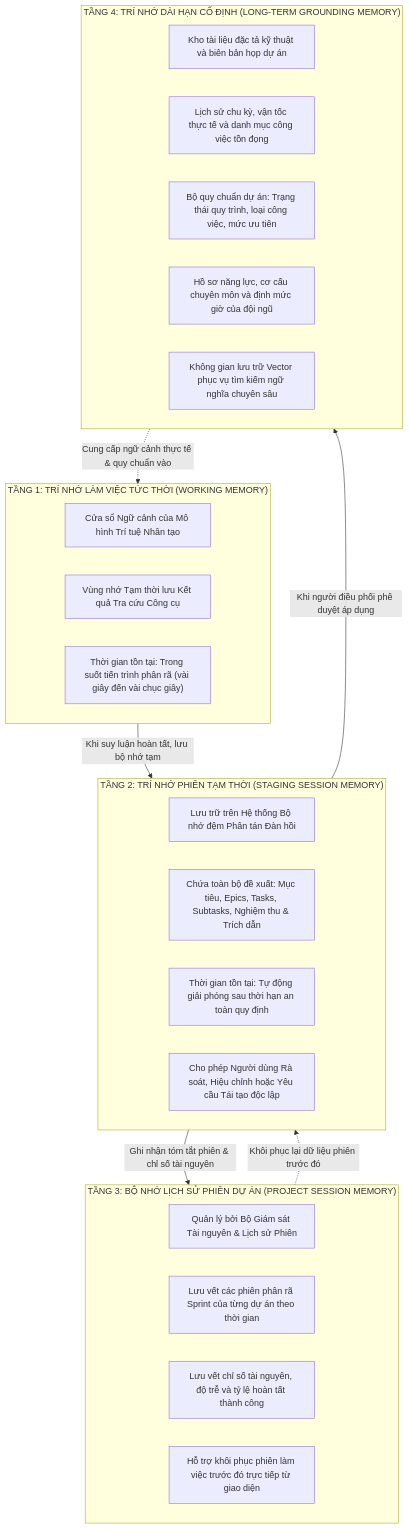
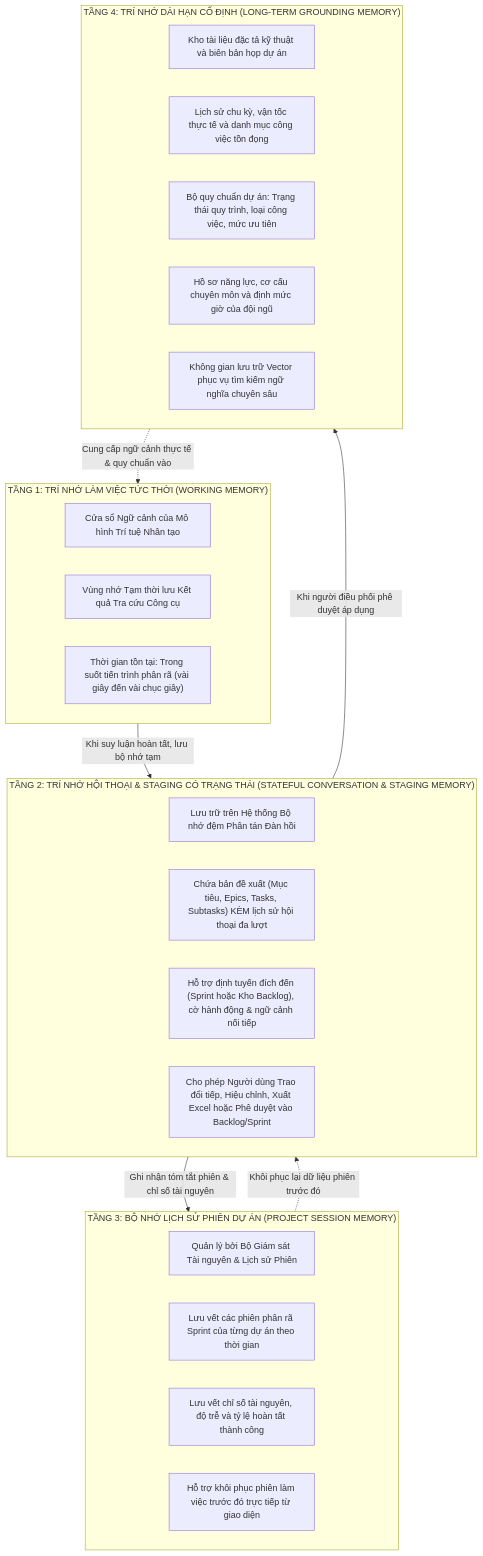
One commit to TranHoang2k40525/ProjectMgmt changed the first of 2 diagrams in docs/ai/03-co-che-tri-nho-redis-memory.md. Above: the diagram before and after it, drawn with Mermaid. The commit also changed other lines of this file and 21 other files, not shown here.

Commit message:
feat(ai-assistant): nâng cấp Trợ Lý AI hội thoại có trạng thái Redis, hỗ trợ đẩy kho backlog, xuất Excel, từ chối ngoài luồng và đồng bộ tài liệu

````diff
--- a/docs/ai/03-co-che-tri-nho-redis-memory.md
+++ b/docs/ai/03-co-che-tri-nho-redis-memory.md
@@ -10,36 +10,36 @@
 ```mermaid
 flowchart TD
     subgraph T1["TẦNG 1: TRÍ NHỚ LÀM VIỆC TỨC THỜI (WORKING MEMORY)"]
         WM1["Cửa sổ Ngữ cảnh của Mô hình Trí tuệ Nhân tạo"]
         WM2["Vùng nhớ Tạm thời lưu Kết quả Tra cứu Công cụ"]
         WM3["Thời gian tồn tại: Trong suốt tiến trình phân rã (vài giây đến vài chục giây)"]
     end
 
-    subgraph T2["TẦNG 2: TRÍ NHỚ PHIÊN TẠM THỜI (STAGING SESSION MEMORY)"]
+    subgraph T2["TẦNG 2: TRÍ NHỚ HỘI THOẠI & STAGING CÓ TRẠNG THÁI (STATEFUL CONVERSATION & STAGING MEMORY)"]
         SM1["Lưu trữ trên Hệ thống Bộ nhớ đệm Phân tán Đàn hồi"]
-        SM2["Chứa toàn bộ đề xuất: Mục tiêu, Epics, Tasks, Subtasks, Nghiệm thu & Trích dẫn"]
-        SM3["Thời gian tồn tại: Tự động giải phóng sau thời hạn an toàn quy định"]
-        SM4["Cho phép Người dùng Rà soát, Hiệu chỉnh hoặc Yêu cầu Tái tạo độc lập"]
+        SM2["Chứa bản đề xuất (Mục tiêu, Epics, Tasks, Subtasks) KÈM lịch sử hội thoại đa lượt"]
+        SM3["Hỗ trợ định tuyến đích đến (Sprint hoặc Kho Backlog), cờ hành động & ngữ cảnh nối tiếp"]
+        SM4["Cho phép Người dùng Trao đổi tiếp, Hiệu chỉnh, Xuất Excel hoặc Phê duyệt vào Backlog/Sprint"]
     end
 
     subgraph T3["TẦNG 3: BỘ NHỚ LỊCH SỬ PHIÊN DỰ ÁN (PROJECT SESSION MEMORY)"]
         PM1["Quản lý bởi Bộ Giám sát Tài nguyên & Lịch sử Phiên"]
         PM2["Lưu vết các phiên phân rã Sprint của từng dự án theo thời gian"]
         PM3["Lưu vết chỉ số tài nguyên, độ trễ và tỷ lệ hoàn tất thành công"]
         PM4["Hỗ trợ khôi phục phiên làm việc trước đó trực tiếp từ giao diện"]
     end
 
     subgraph T4["TẦNG 4: TRÍ NHỚ DÀI HẠN CỐ ĐỊNH (LONG-TERM GROUNDING MEMORY)"]
         LM1["Kho tài liệu đặc tả kỹ thuật và biên bản họp dự án"]
         LM2["Lịch sử chu kỳ, vận tốc thực tế và danh mục công việc tồn đọng"]
         LM3["Bộ quy chuẩn dự án: Trạng thái quy trình, loại công việc, mức ưu tiên"]
         LM4["Hồ sơ năng lực, cơ cấu chuyên môn và định mức giờ của đội ngũ"]
         LM5["Không gian lưu trữ Vector phục vụ tìm kiếm ngữ nghĩa chuyên sâu"]
     end
 
     T1 -->|Khi suy luận hoàn tất, lưu bộ nhớ tạm| T2
     T2 -->|Ghi nhận tóm tắt phiên & chỉ số tài nguyên| T3
     T2 -->|Khi người điều phối phê duyệt áp dụng| T4
     T3 -.->|Khôi phục lại dữ liệu phiên trước đó| T2
     T4 -.->|Cung cấp ngữ cảnh thực tế & quy chuẩn vào| T1
 ```
````
